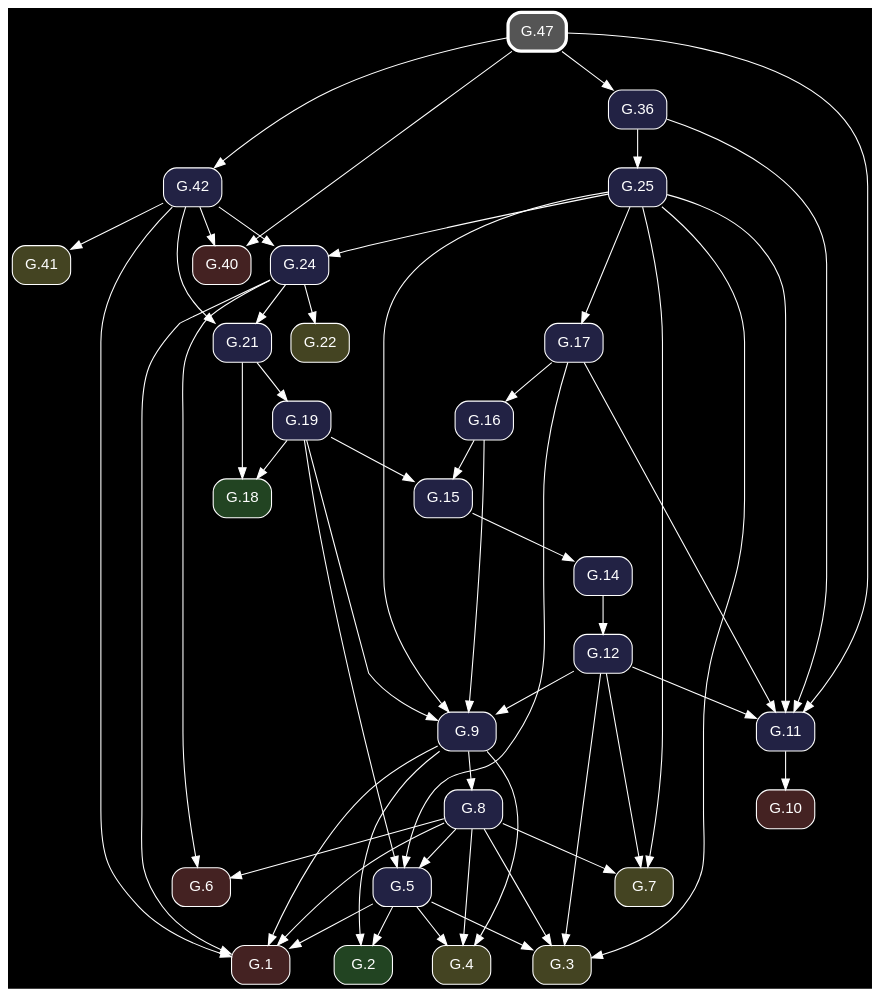
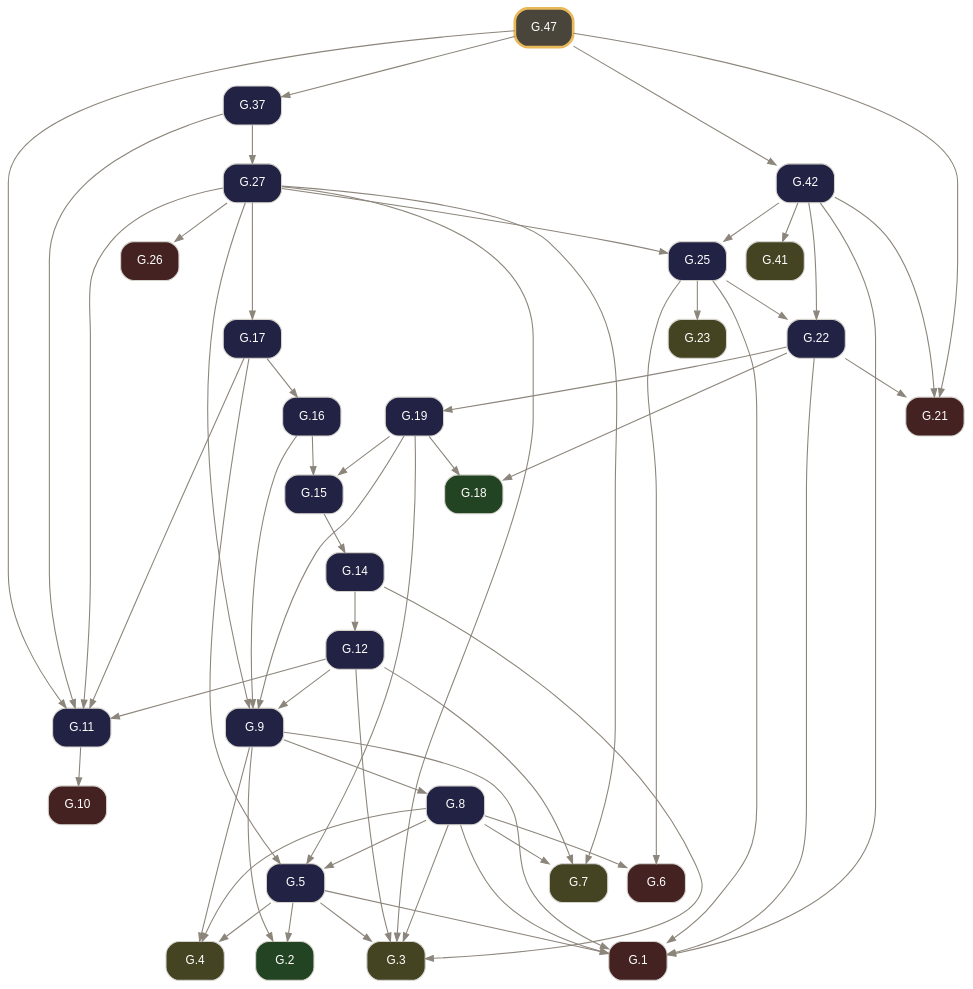
The diagram in docsrc/elements2/G.47/index.rst (geometor/elements), drawn with Graphviz before and after one commit. The commit also changed other lines of this file and 261 other files, not shown here.

Commit message:
feat: rebuild Elements 2.0 G-Index pipeline from composed Euclid Heath edition (v0.3.0)

```diff
--- a/docsrc/elements2/G.47/index.rst
+++ b/docsrc/elements2/G.47/index.rst
@@ -77,88 +105,93 @@
 .. graphviz::
 
    digraph {
-     bgcolor="black";
-     node [shape=box, style="rounded,filled", fontname="Helvetica", color="white", fontcolor="white"];
-     edge [color="white", fontcolor="white"];
+     bgcolor="transparent";
+     node [shape=box, style="rounded,filled", fontname="Helvetica", fontsize=11, color="#d6d3cd", fontcolor="#ffffff"];
+     edge [color="#8c857b", fontcolor="#8c857b", arrowsize=0.75];
      rankdir="TB";
-     "G.6" [label="G.6", fillcolor="#442222", URL="/elements2/G.6/", target="_top"];
-     "G.19" [label="G.19", fillcolor="#222244", URL="/elements2/G.19/", target="_top"];
-     "G.21" [label="G.21", fillcolor="#222244", URL="/elements2/G.21/", target="_top"];
-     "G.24" [label="G.24", fillcolor="#222244", URL="/elements2/G.24/", target="_top"];
-     "G.10" [label="G.10", fillcolor="#442222", URL="/elements2/G.10/", target="_top"];
-     "G.7" [label="G.7", fillcolor="#444422", URL="/elements2/G.7/", target="_top"];
-     "G.42" [label="G.42", fillcolor="#222244", URL="/elements2/G.42/", target="_top"];
-     "G.17" [label="G.17", fillcolor="#222244", URL="/elements2/G.17/", target="_top"];
-     "G.3" [label="G.3", fillcolor="#444422", URL="/elements2/G.3/", target="_top"];
-     "G.15" [label="G.15", fillcolor="#222244", URL="/elements2/G.15/", target="_top"];
-     "G.5" [label="G.5", fillcolor="#222244", URL="/elements2/G.5/", target="_top"];
-     "G.41" [label="G.41", fillcolor="#444422", URL="/elements2/G.41/", target="_top"];
-     "G.1" [label="G.1", fillcolor="#442222", URL="/elements2/G.1/", target="_top"];
-     "G.2" [label="G.2", fillcolor="#224422", URL="/elements2/G.2/", target="_top"];
-     "G.12" [label="G.12", fillcolor="#222244", URL="/elements2/G.12/", target="_top"];
-     "G.22" [label="G.22", fillcolor="#444422", URL="/elements2/G.22/", target="_top"];
-     "G.14" [label="G.14", fillcolor="#222244", URL="/elements2/G.14/", target="_top"];
-     "G.8" [label="G.8", fillcolor="#222244", URL="/elements2/G.8/", target="_top"];
-     "G.36" [label="G.36", fillcolor="#222244", URL="/elements2/G.36/", target="_top"];
-     "G.25" [label="G.25", fillcolor="#222244", URL="/elements2/G.25/", target="_top"];
-     "G.9" [label="G.9", fillcolor="#222244", URL="/elements2/G.9/", target="_top"];
-     "G.18" [label="G.18", fillcolor="#224422", URL="/elements2/G.18/", target="_top"];
-     "G.11" [label="G.11", fillcolor="#222244", URL="/elements2/G.11/", target="_top"];
-     "G.40" [label="G.40", fillcolor="#442222", URL="/elements2/G.40/", target="_top"];
-     "G.4" [label="G.4", fillcolor="#444422", URL="/elements2/G.4/", target="_top"];
-     "G.16" [label="G.16", fillcolor="#222244", URL="/elements2/G.16/", target="_top"];
-     "G.47" [label="G.47", penwidth=3, color="white", fillcolor="#555555", URL="/elements2/G.47/", target="_top"];
-     "G.24" -> "G.6";
-     "G.8" -> "G.6";
-     "G.21" -> "G.19";
-     "G.24" -> "G.21";
-     "G.42" -> "G.21";
-     "G.25" -> "G.24";
-     "G.42" -> "G.24";
-     "G.11" -> "G.10";
-     "G.25" -> "G.7";
-     "G.8" -> "G.7";
-     "G.12" -> "G.7";
-     "G.47" -> "G.42";
-     "G.25" -> "G.17";
+     "G.1" [label="G.1", tooltip="G.1 (I.cn.1)", fillcolor="#442222", URL="../G.1/index.html", target="_top"];
+     "G.2" [label="G.2", tooltip="G.2 (I.def.15)", fillcolor="#224422", URL="../G.2/index.html", target="_top"];
+     "G.3" [label="G.3", tooltip="G.3 (I.post.1)", fillcolor="#444422", URL="../G.3/index.html", target="_top"];
+     "G.4" [label="G.4", tooltip="G.4 (I.post.3)", fillcolor="#444422", URL="../G.4/index.html", target="_top"];
+     "G.5" [label="G.5", tooltip="G.5 (I.1)", fillcolor="#222244", URL="../G.5/index.html", target="_top"];
+     "G.6" [label="G.6", tooltip="G.6 (I.cn.3)", fillcolor="#442222", URL="../G.6/index.html", target="_top"];
+     "G.7" [label="G.7", tooltip="G.7 (I.post.2)", fillcolor="#444422", URL="../G.7/index.html", target="_top"];
+     "G.8" [label="G.8", tooltip="G.8 (I.2)", fillcolor="#222244", URL="../G.8/index.html", target="_top"];
+     "G.9" [label="G.9", tooltip="G.9 (I.3)", fillcolor="#222244", URL="../G.9/index.html", target="_top"];
+     "G.10" [label="G.10", tooltip="G.10 (I.cn.4)", fillcolor="#442222", URL="../G.10/index.html", target="_top"];
+     "G.11" [label="G.11", tooltip="G.11 (I.4)", fillcolor="#222244", URL="../G.11/index.html", target="_top"];
+     "G.12" [label="G.12", tooltip="G.12 (I.5)", fillcolor="#222244", URL="../G.12/index.html", target="_top"];
+     "G.14" [label="G.14", tooltip="G.14 (I.7)", fillcolor="#222244", URL="../G.14/index.html", target="_top"];
+     "G.15" [label="G.15", tooltip="G.15 (I.8)", fillcolor="#222244", URL="../G.15/index.html", target="_top"];
+     "G.16" [label="G.16", tooltip="G.16 (I.9)", fillcolor="#222244", URL="../G.16/index.html", target="_top"];
+     "G.17" [label="G.17", tooltip="G.17 (I.10)", fillcolor="#222244", URL="../G.17/index.html", target="_top"];
+     "G.18" [label="G.18", tooltip="G.18 (I.def.10)", fillcolor="#224422", URL="../G.18/index.html", target="_top"];
+     "G.19" [label="G.19", tooltip="G.19 (I.11)", fillcolor="#222244", URL="../G.19/index.html", target="_top"];
+     "G.21" [label="G.21", tooltip="G.21 (I.cn.2)", fillcolor="#442222", URL="../G.21/index.html", target="_top"];
+     "G.22" [label="G.22", tooltip="G.22 (I.13)", fillcolor="#222244", URL="../G.22/index.html", target="_top"];
+     "G.23" [label="G.23", tooltip="G.23 (I.post.4)", fillcolor="#444422", URL="../G.23/index.html", target="_top"];
+     "G.25" [label="G.25", tooltip="G.25 (I.15)", fillcolor="#222244", URL="../G.25/index.html", target="_top"];
+     "G.26" [label="G.26", tooltip="G.26 (I.cn.5)", fillcolor="#442222", URL="../G.26/index.html", target="_top"];
+     "G.27" [label="G.27", tooltip="G.27 (I.16)", fillcolor="#222244", URL="../G.27/index.html", target="_top"];
+     "G.37" [label="G.37", tooltip="G.37 (I.26)", fillcolor="#222244", URL="../G.37/index.html", target="_top"];
+     "G.41" [label="G.41", tooltip="G.41 (I.post.5)", fillcolor="#444422", URL="../G.41/index.html", target="_top"];
+     "G.42" [label="G.42", tooltip="G.42 (I.29)", fillcolor="#222244", URL="../G.42/index.html", target="_top"];
+     "G.47" [label="G.47", tooltip="G.47 (I.34)", penwidth=2.5, color="#e8b85a", fillcolor="#4a453b", URL="index.html", target="_top"];
+     "G.5" -> "G.1";
+     "G.8" -> "G.1";
+     "G.9" -> "G.1";
+     "G.22" -> "G.1";
+     "G.25" -> "G.1";
+     "G.42" -> "G.1";
+     "G.5" -> "G.2";
+     "G.9" -> "G.2";
      "G.5" -> "G.3";
-     "G.25" -> "G.3";
      "G.8" -> "G.3";
      "G.12" -> "G.3";
-     "G.19" -> "G.15";
-     "G.16" -> "G.15";
-     "G.19" -> "G.5";
-     "G.8" -> "G.5";
-     "G.17" -> "G.5";
-     "G.42" -> "G.41";
-     "G.5" -> "G.1";
-     "G.24" -> "G.1";
-     "G.8" -> "G.1";
-     "G.42" -> "G.1";
-     "G.9" -> "G.1";
-     "G.5" -> "G.2";
-     "G.9" -> "G.2";
-     "G.14" -> "G.12";
-     "G.24" -> "G.22";
-     "G.15" -> "G.14";
-     "G.9" -> "G.8";
-     "G.47" -> "G.36";
-     "G.36" -> "G.25";
-     "G.19" -> "G.9";
-     "G.25" -> "G.9";
-     "G.16" -> "G.9";
-     "G.12" -> "G.9";
-     "G.19" -> "G.18";
-     "G.21" -> "G.18";
-     "G.36" -> "G.11";
-     "G.47" -> "G.11";
-     "G.25" -> "G.11";
-     "G.17" -> "G.11";
-     "G.12" -> "G.11";
-     "G.47" -> "G.40";
-     "G.42" -> "G.40";
+     "G.14" -> "G.3";
+     "G.27" -> "G.3";
      "G.5" -> "G.4";
      "G.8" -> "G.4";
      "G.9" -> "G.4";
+     "G.8" -> "G.5";
+     "G.17" -> "G.5";
+     "G.19" -> "G.5";
+     "G.8" -> "G.6";
+     "G.25" -> "G.6";
+     "G.8" -> "G.7";
+     "G.12" -> "G.7";
+     "G.27" -> "G.7";
+     "G.9" -> "G.8";
+     "G.12" -> "G.9";
+     "G.16" -> "G.9";
+     "G.19" -> "G.9";
+     "G.27" -> "G.9";
+     "G.11" -> "G.10";
+     "G.12" -> "G.11";
+     "G.17" -> "G.11";
+     "G.27" -> "G.11";
+     "G.37" -> "G.11";
+     "G.47" -> "G.11";
+     "G.14" -> "G.12";
+     "G.15" -> "G.14";
+     "G.16" -> "G.15";
+     "G.19" -> "G.15";
      "G.17" -> "G.16";
+     "G.27" -> "G.17";
+     "G.19" -> "G.18";
+     "G.22" -> "G.18";
+     "G.22" -> "G.19";
+     "G.22" -> "G.21";
+     "G.42" -> "G.21";
+     "G.47" -> "G.21";
+     "G.25" -> "G.22";
+     "G.42" -> "G.22";
+     "G.25" -> "G.23";
+     "G.27" -> "G.25";
+     "G.42" -> "G.25";
+     "G.27" -> "G.26";
+     "G.37" -> "G.27";
+     "G.47" -> "G.37";
+     "G.42" -> "G.41";
+     "G.47" -> "G.42";
    }
```
